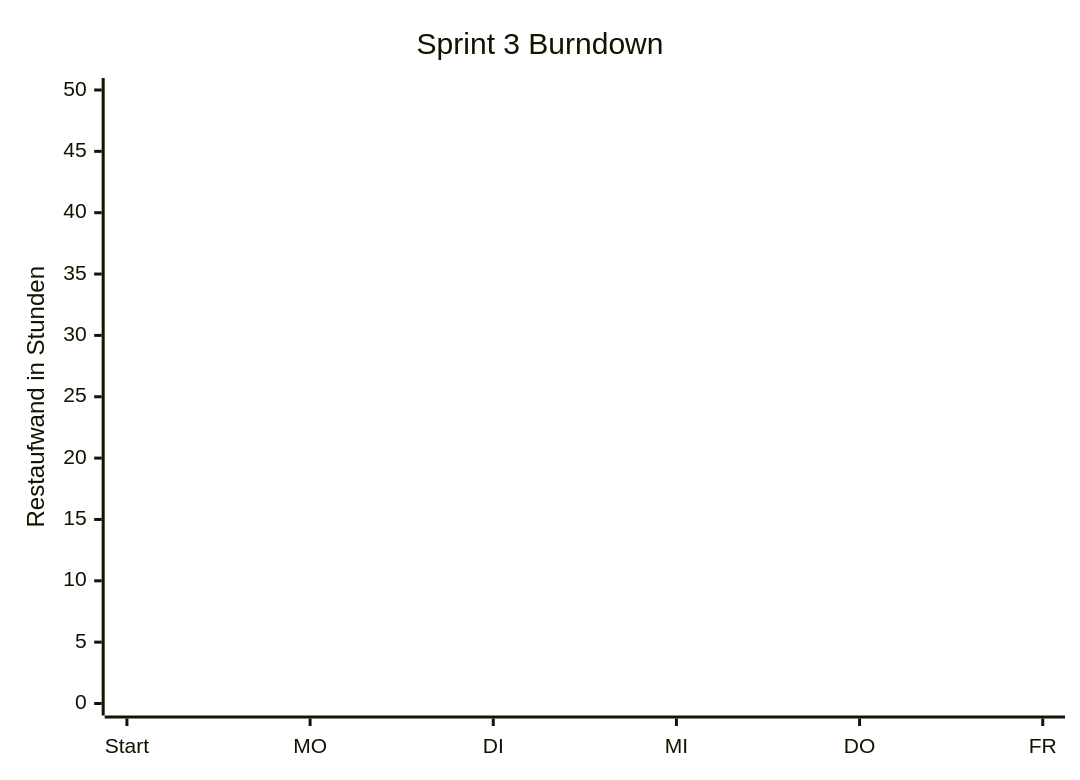
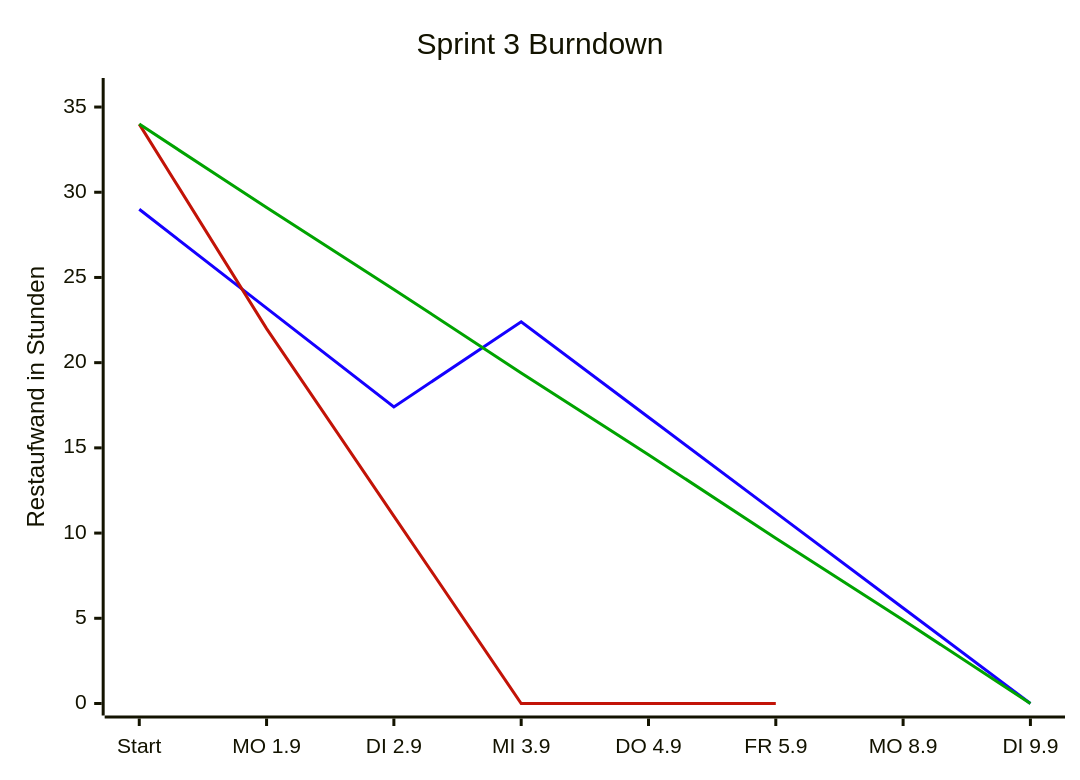
One commit to Moewe-WHV/iSlave changed the diagram in docs/burndown_charts/burndown_sprint_3.md. Above: the diagram before and after it, drawn with Mermaid. The commit also changed other lines of this file and 9 other files, not shown here.

````diff
--- a/docs/burndown_charts/burndown_sprint_3.md
+++ b/docs/burndown_charts/burndown_sprint_3.md
@@ -1,14 +1,15 @@
 ```mermaid
 ---
 config:
   themeVariables:
     xyChart:
-      plotColorPalette: "#1500ff, #c21307"
+      plotColorPalette: "#1500ff, #c21307, #00a300"
 ---
 xychart-beta
     title "Sprint 3 Burndown"
-    x-axis ["Start", "MO", "DI", "MI", "DO", "FR"]
-    y-axis "Restaufwand in Stunden" 0 --> 50                                                   
-    line "PLAN" [0]
-    line "IST" [0]
+    x-axis ["Start", "MO 1.9", "DI 2.9", "MI 3.9", "DO 4.9", "FR 5.9", "MO 8.9", "DI 9.9"]
+    y-axis "Restaufwand in Stunden" 0 --> 36
+    line "SOLL" [29, 23.2, 17.4, 22.4, 16.8, 11.2, 5.6, 0]
+    line "IST" [34, 22, 11, 0, 0, 0]
+    line "IDEAL" [34, 29.1, 24.3, 19.4, 14.6, 9.7, 4.9, 0]
 ```
````
